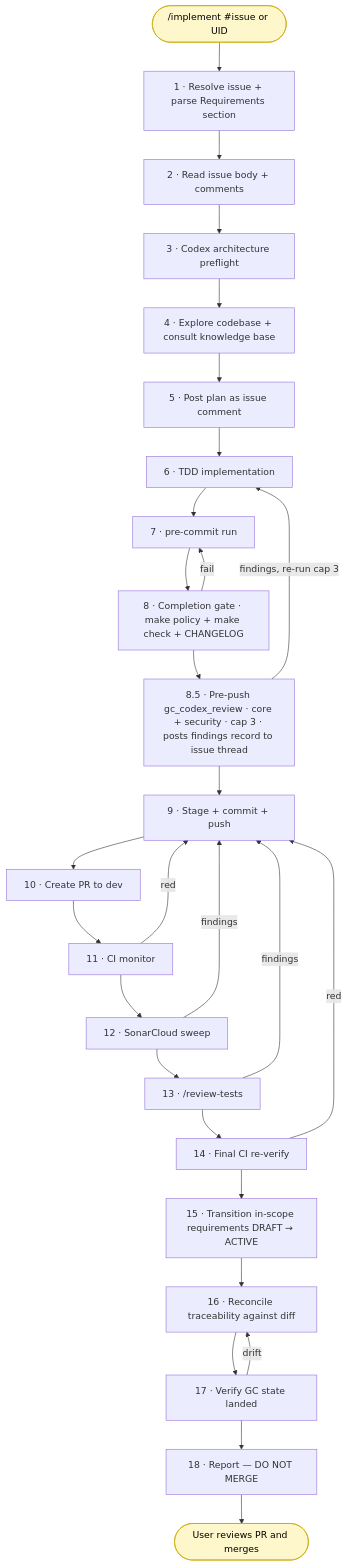
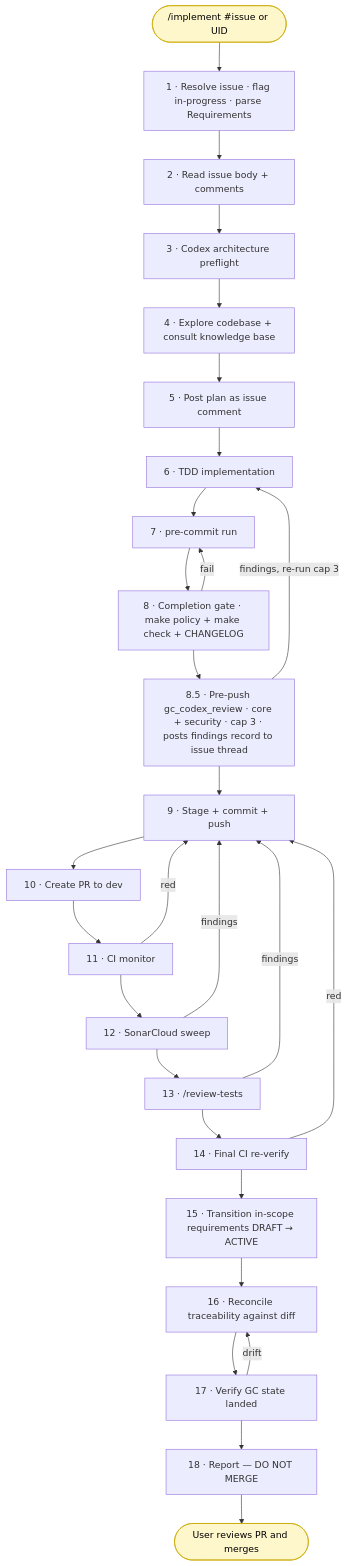
The diagram in docs/DEVELOPMENT_WORKFLOW.md (KeplerOps/Ground-Control), drawn with Mermaid before and after one commit. The commit also changed other lines of this file and 5 other files, not shown here.

First line of the commit message:
Flag GitHub issues as in-progress when /implement picks them up (#842)

````diff
--- a/docs/DEVELOPMENT_WORKFLOW.md
+++ b/docs/DEVELOPMENT_WORKFLOW.md
@@ -60,56 +60,56 @@
 ```mermaid
 flowchart TB
   Start([/implement #issue or UID])
-  S1[1 · Resolve issue + parse Requirements section]
+  S1[1 · Resolve issue · flag in-progress · parse Requirements]
   S2[2 · Read issue body + comments]
   S3[3 · Codex architecture preflight]
   S4[4 · Explore codebase + consult knowledge base]
   S5[5 · Post plan as issue comment]
   S6[6 · TDD implementation]
   S7[7 · pre-commit run]
   S8[8 · Completion gate · make policy + make check + CHANGELOG]
   S8b[8.5 · Pre-push gc_codex_review · core + security · cap 3 · posts findings record to issue thread]
   S9[9 · Stage + commit + push]
   S10[10 · Create PR to dev]
   S11[11 · CI monitor]
   S12[12 · SonarCloud sweep]
   S13[13 · /review-tests]
   S14[14 · Final CI re-verify]
   S15[15 · Transition in-scope requirements DRAFT → ACTIVE]
   S16[16 · Reconcile traceability against diff]
   S17[17 · Verify GC state landed]
   S18[18 · Report — DO NOT MERGE]
   End([User reviews PR and merges])
 
   Start --> S1
   S1 --> S2
   S2 --> S3
   S3 --> S4
   S4 --> S5
   S5 --> S6
   S6 --> S7
   S7 --> S8
   S8 --> S8b
   S8b --> S9
   S9 --> S10
   S10 --> S11
   S11 --> S12
   S12 --> S13
   S13 --> S14
   S14 --> S15
   S15 --> S16
   S16 --> S17
   S17 --> S18
   S18 --> End
 
   S8 -->|fail| S7
   S8b -->|findings, re-run cap 3| S6
   S11 -->|red| S9
   S12 -->|findings| S9
   S13 -->|findings| S9
   S14 -->|red| S9
   S17 -->|drift| S16
 
   classDef user fill:#fff7cc,stroke:#c9a900,color:#000
   class Start,End user
 ```
````
